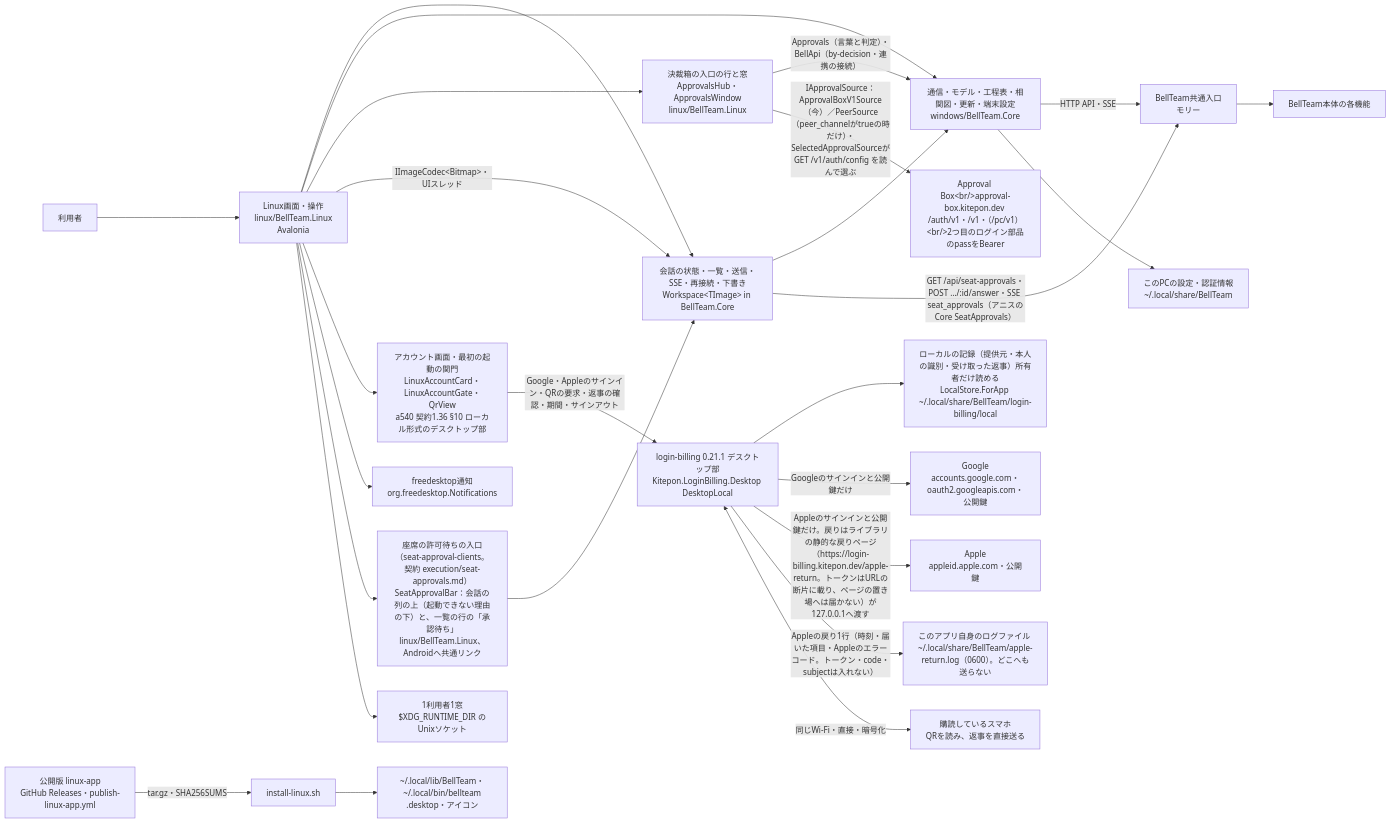
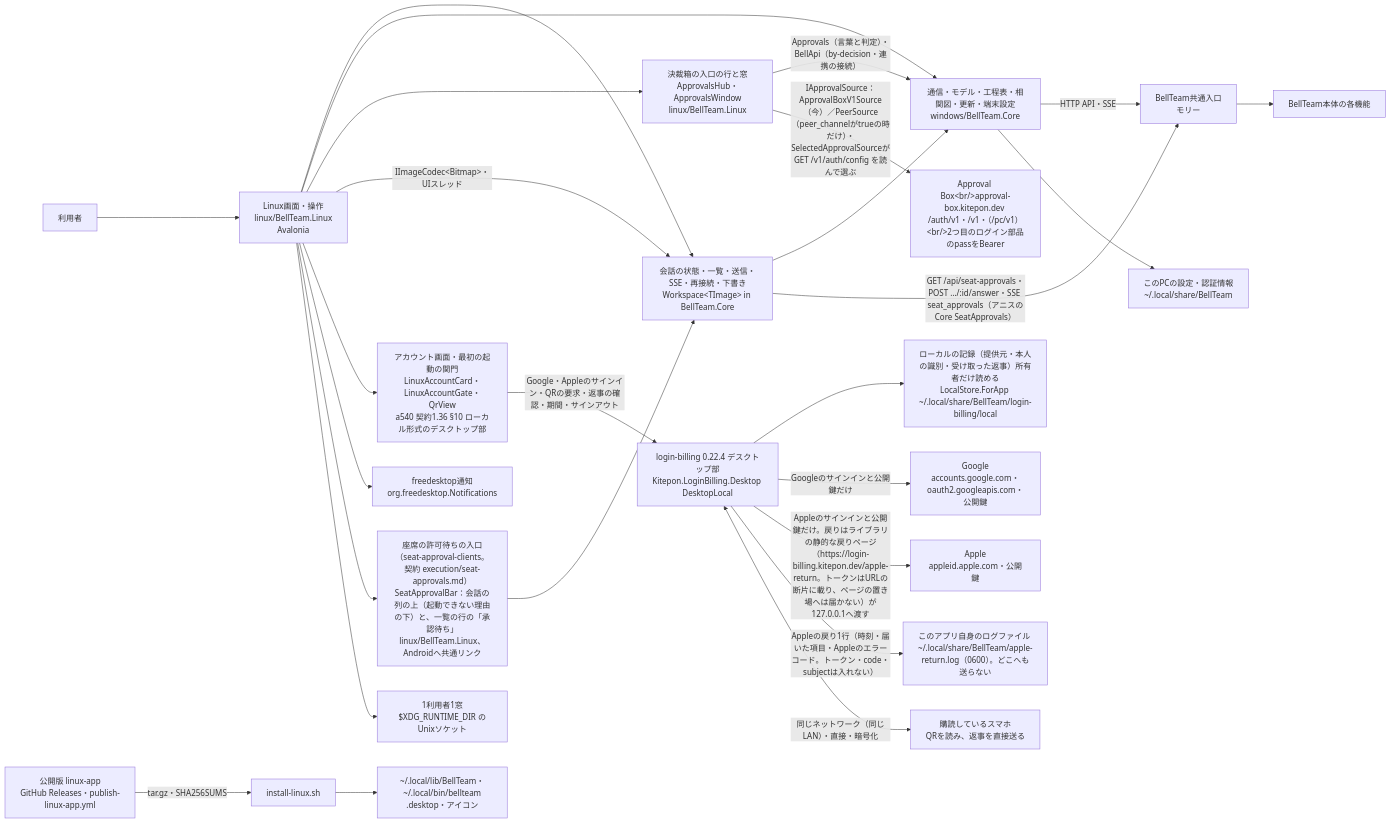
One commit to kitepon/BellTeam changed the first of 3 diagrams in docs/linux-architecture.md. Above: the diagram before and after it, drawn with Mermaid. The commit also changed other lines of this file and 44 other files, not shown here.

First line of the commit message:
lb0220-clients: Linux 0.2.33 and Android 0.1.32 on login-billing 0.22.4 (#2525)

````diff
--- a/docs/linux-architecture.md
+++ b/docs/linux-architecture.md
@@ -9,28 +9,28 @@
 ```mermaid
 flowchart LR
   user[利用者] --> ui[Linux画面・操作<br/>linux/BellTeam.Linux<br/>Avalonia]
   ui --> ws[会話の状態・一覧・送信・SSE・再接続・下書き<br/>Workspace&lt;TImage&gt; in BellTeam.Core]
   ui --> core[通信・モデル・工程表・相関図・更新・端末設定<br/>windows/BellTeam.Core]
   ui --> abx[決裁箱の入口の行と窓<br/>ApprovalsHub・ApprovalsWindow<br/>linux/BellTeam.Linux]
   abx -->|Approvals（言葉と判定）・BellApi（by-decision・連携の接続）| core
   abx -->|IApprovalSource：ApprovalBoxV1Source（今）／PeerSource（peer_channelがtrueの時だけ）・SelectedApprovalSourceがGET /v1/auth/config を読んで選ぶ| abxsrv[Approval Box&lt;br/&gt;approval-box.kitepon.dev /auth/v1・/v1・（/pc/v1）&lt;br/&gt;2つ目のログイン部品のpassをBearer]
   ws --> core
   ui -->|IImageCodec&lt;Bitmap&gt;・UIスレッド| ws
   core -->|HTTP API・SSE| integration[BellTeam共通入口<br/>モリー]
   core --> local[このPCの設定・認証情報<br/>~/.local/share/BellTeam]
   ui --> account[アカウント画面・最初の起動の関門<br/>LinuxAccountCard・LinuxAccountGate・QrView<br/>a540 契約1.36 §10 ローカル形式のデスクトップ部]
-  account -->|Google・Appleのサインイン・QRの要求・返事の確認・期間・サインアウト| lib[login-billing 0.21.1 デスクトップ部<br/>Kitepon.LoginBilling.Desktop DesktopLocal]
+  account -->|Google・Appleのサインイン・QRの要求・返事の確認・期間・サインアウト| lib[login-billing 0.22.4 デスクトップ部<br/>Kitepon.LoginBilling.Desktop DesktopLocal]
   lib --> pass[ローカルの記録（提供元・本人の識別・受け取った返事）所有者だけ読める<br/>LocalStore.ForApp ~/.local/share/BellTeam/login-billing/local]
   lib -->|Googleのサインインと公開鍵だけ| google[Google<br/>accounts.google.com・oauth2.googleapis.com・公開鍵]
   lib -->|Appleのサインインと公開鍵だけ。戻りはライブラリの静的な戻りページ（https://login-billing.kitepon.dev/apple-return。トークンはURLの断片に載り、ページの置き場へは届かない）が127.0.0.1へ渡す| apple[Apple<br/>appleid.apple.com・公開鍵]
   lib -->|Appleの戻り1行（時刻・届いた項目・Appleのエラーコード。トークン・code・subjectは入れない）| devlog[このアプリ自身のログファイル ~/.local/share/BellTeam/apple-return.log（0600）。どこへも送らない]
-  lib <-->|同じWi-Fi・直接・暗号化| phone[購読しているスマホ<br/>QRを読み、返事を直接送る]
+  lib <-->|同じネットワーク（同じLAN）・直接・暗号化| phone[購読しているスマホ<br/>QRを読み、返事を直接送る]
   ui --> notify[freedesktop通知<br/>org.freedesktop.Notifications]
   ui --> seat[座席の許可待ちの入口（seat-approval-clients。契約 execution/seat-approvals.md）<br/>SeatApprovalBar：会話の列の上（起動できない理由の下）と、一覧の行の「承認待ち」<br/>linux/BellTeam.Linux、Androidへ共通リンク]
   seat --> ws
   ws -->|"GET /api/seat-approvals・POST …/:id/answer・SSE seat_approvals（アニスのCore SeatApprovals）"| integration
   ui --> single[1利用者1窓<br/>$XDG_RUNTIME_DIR のUnixソケット]
   release[公開版 linux-app<br/>GitHub Releases・publish-linux-app.yml] -->|tar.gz・SHA256SUMS| install[install-linux.sh]
   install --> files[~/.local/lib/BellTeam・~/.local/bin/bellteam<br/>.desktop・アイコン]
   integration --> server[BellTeam本体の各機能]
 ```
````
